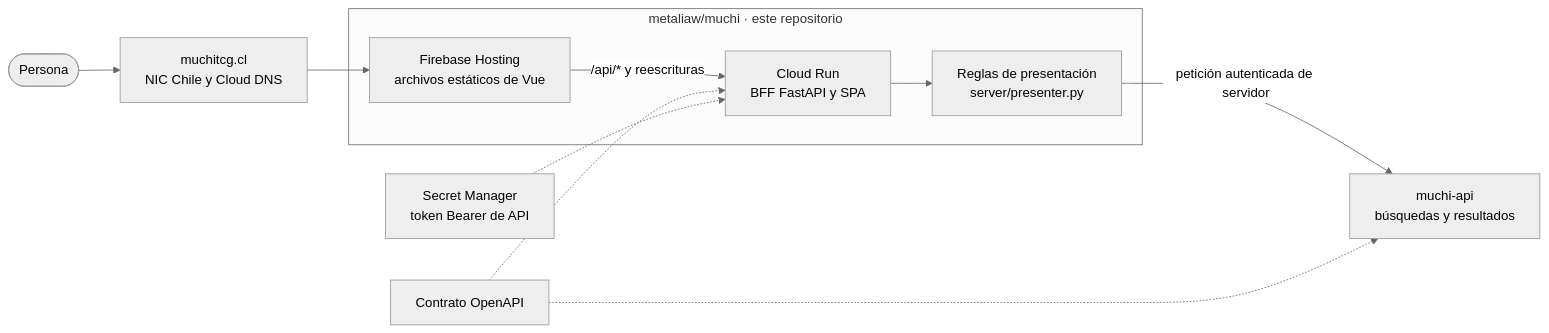
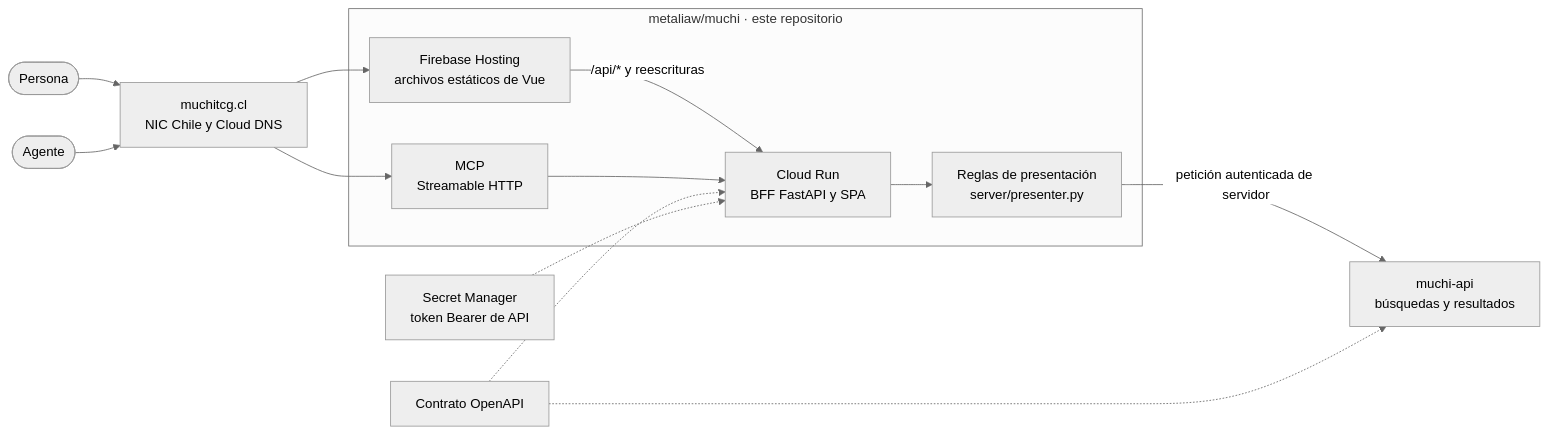
One commit to metaliaw/muchi changed the first of 2 diagrams in docs/architecture.es.md. Above: the diagram before and after it, drawn with Mermaid (neutral theme). The commit also changed other lines of this file and 10 other files, not shown here.

````diff
--- a/docs/architecture.es.md
+++ b/docs/architecture.es.md
@@ -15,23 +15,27 @@
 ```mermaid
 flowchart LR
     person([Persona])
+    agent([Agente])
     dns["muchitcg.cl<br/>NIC Chile y Cloud DNS"]
 
     subgraph front["metaliaw/muchi · este repositorio"]
         hosting["Firebase Hosting<br/>archivos estáticos de Vue"]
         bff["Cloud Run<br/>BFF FastAPI y SPA"]
+        mcp["MCP<br/>Streamable HTTP"]
         presenter["Reglas de presentación<br/>server/presenter.py"]
         hosting -->|"/api/* y reescrituras"| bff
+        mcp --> bff
         bff --> presenter
     end
 
     api["muchi-api<br/>búsquedas y resultados"]
     contract["Contrato OpenAPI"]
     secret["Secret Manager<br/>token Bearer de API"]
 
     person --> dns --> hosting
+    agent --> dns --> mcp
     presenter -->|"petición autenticada de servidor"| api
     contract -.-> bff
     contract -.-> api
     secret -.-> bff
 ```
````
